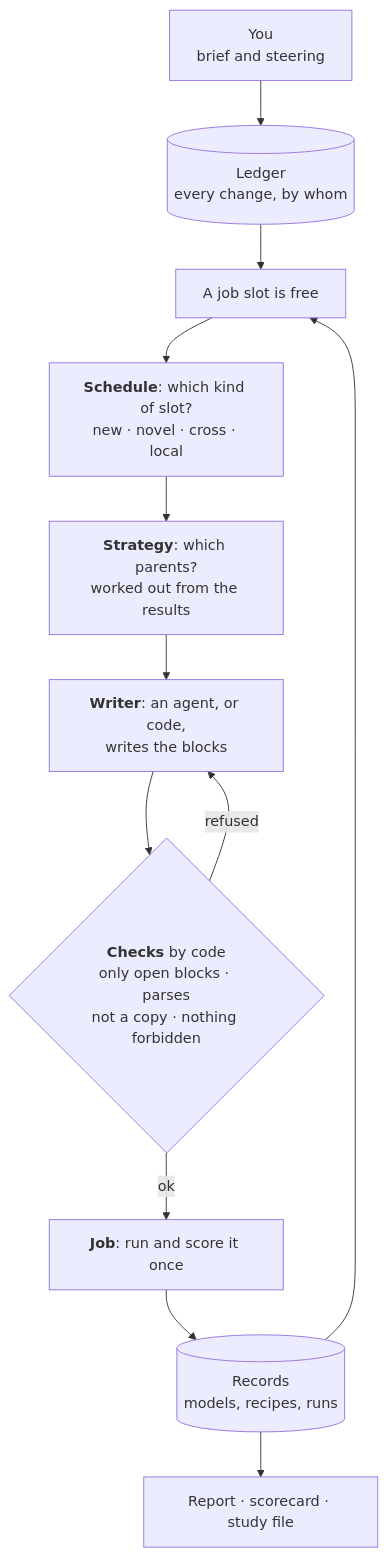
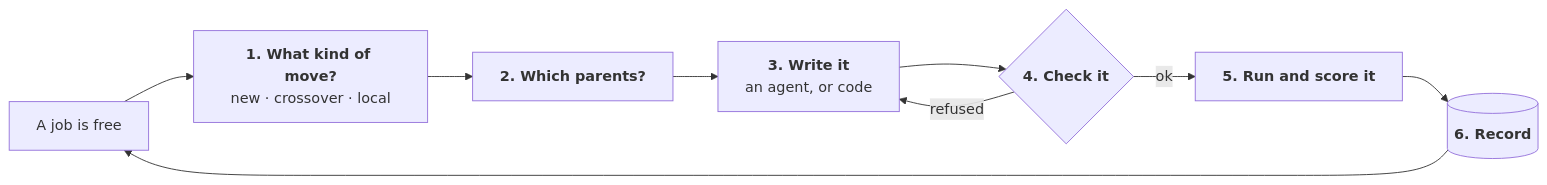
One commit to cameo-db/evoloop changed the diagram in docs/how-it-works.md. Above: the diagram before and after it, drawn with Mermaid. The commit also changed other lines of this file and 62 other files, not shown here.

````diff
--- a/docs/how-it-works.md
+++ b/docs/how-it-works.md
@@ -3,14 +7,11 @@
 ```mermaid
-flowchart TD
-    You["You<br>brief and steering"] --> Ledger[("Ledger<br>every change, by whom")]
-    Ledger --> Slot["A job slot is free"]
-    Slot --> Schedule["<b>Schedule</b>: which kind of slot?<br>new · novel · cross · local"]
-    Schedule --> Strategy["<b>Strategy</b>: which parents?<br>worked out from the results"]
-    Strategy --> Writer["<b>Writer</b>: an agent, or code,<br>writes the blocks"]
-    Writer --> Checks{"<b>Checks</b> by code<br>only open blocks · parses<br>not a copy · nothing forbidden"}
+flowchart LR
+    Slot["A job is free"] --> Schedule["<b>1. What kind of move?</b><br>new · crossover · local"]
+    Schedule --> Strategy["<b>2. Which parents?</b>"]
+    Strategy --> Writer["<b>3. Write it</b><br>an agent, or code"]
+    Writer --> Checks{"<b>4. Check it</b>"}
     Checks -- refused --> Writer
-    Checks -- ok --> Job["<b>Job</b>: run and score it once"]
-    Job --> Records[("Records<br>models, recipes, runs")]
+    Checks -- ok --> Job["<b>5. Run and score it</b>"]
+    Job --> Records[("<b>6. Record</b>")]
     Records --> Slot
-    Records --> Out["Report · scorecard · study file"]
 ```
````
